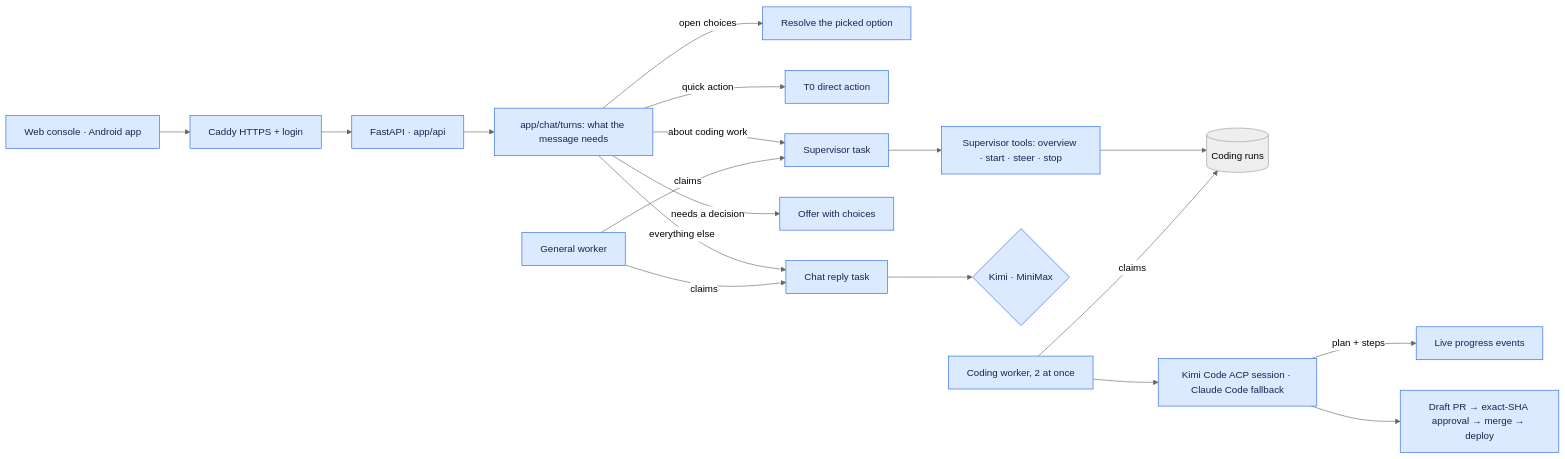
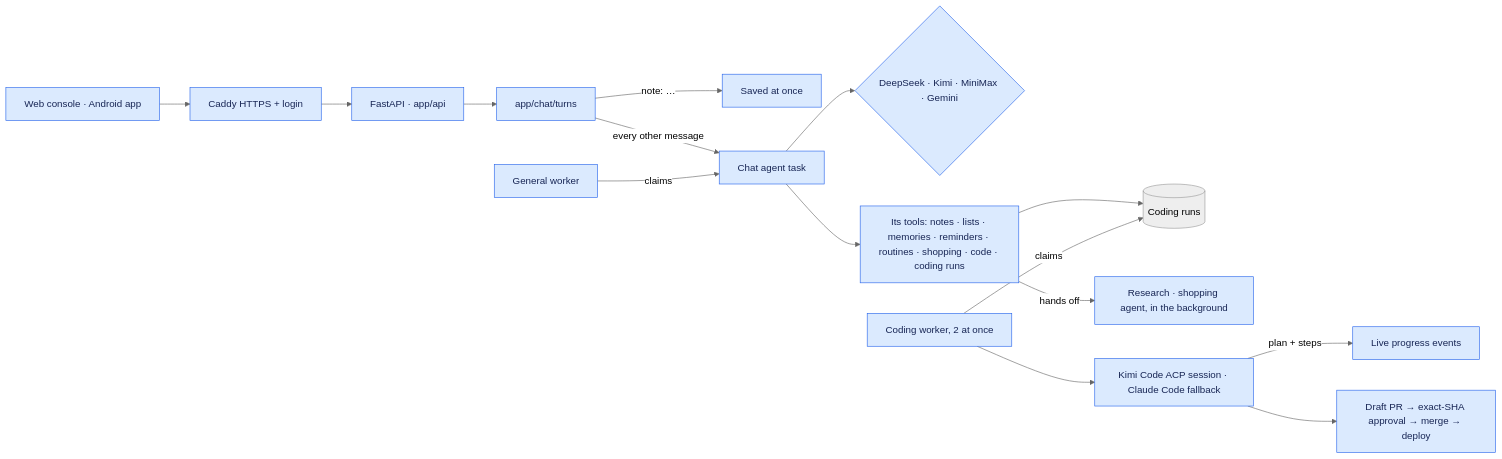
Before and after one commit to yuyangtj/personal_assistant: the first of 2 diagrams in docs/architecture.md, drawn with Mermaid (neutral theme). The commit also changed other lines of this file and 44 other files, not shown here.

First line of the commit message:
One decider: the chat agent handles every message; triage and offers removed (#126)

````diff
--- a/docs/architecture.md
+++ b/docs/architecture.md
@@ -12,25 +12,22 @@
 ```mermaid
 flowchart LR
     client[Web console · Android app] --> caddy[Caddy HTTPS + login]
     caddy --> api[FastAPI · app/api]
-    api --> turns[app/chat/turns: what the message needs]
-    turns -->|open choices| choice[Resolve the picked option]
-    turns -->|quick action| t0[T0 direct action]
-    turns -->|about coding work| sup[Supervisor task]
-    turns -->|needs a decision| offer[Offer with choices]
-    turns -->|everything else| chat[Chat reply task]
+    api --> turns[app/chat/turns]
+    turns -->|"note: …"| t0[Saved at once]
+    turns -->|every other message| chat[Chat agent task]
 
-    worker[General worker] -->|claims| sup
-    worker -->|claims| chat
-    sup --> tools[Supervisor tools: overview · start · steer · stop]
+    worker[General worker] -->|claims| chat
+    chat --> llm{DeepSeek · Kimi · MiniMax · Gemini}
+    chat --> tools[Its tools: notes · lists · memories · reminders · routines · shopping · code · coding runs]
     tools --> runs[(Coding runs)]
-    chat --> llm{Kimi · MiniMax}
+    tools -->|hands off| bg[Research · shopping agent, in the background]
 
     coding[Coding worker, 2 at once] -->|claims| runs
     coding --> session[Kimi Code ACP session · Claude Code fallback]
     session -->|plan + steps| progress[Live progress events]
     session --> pr[Draft PR → exact-SHA approval → merge → deploy]
 
     classDef current fill:#dbeafe,stroke:#2563eb,color:#172554
-    class client,caddy,api,turns,choice,t0,sup,offer,chat,worker,tools,llm,coding,session,progress,pr current
+    class client,caddy,api,turns,t0,chat,worker,tools,bg,llm,coding,session,progress,pr current
 ```
````
